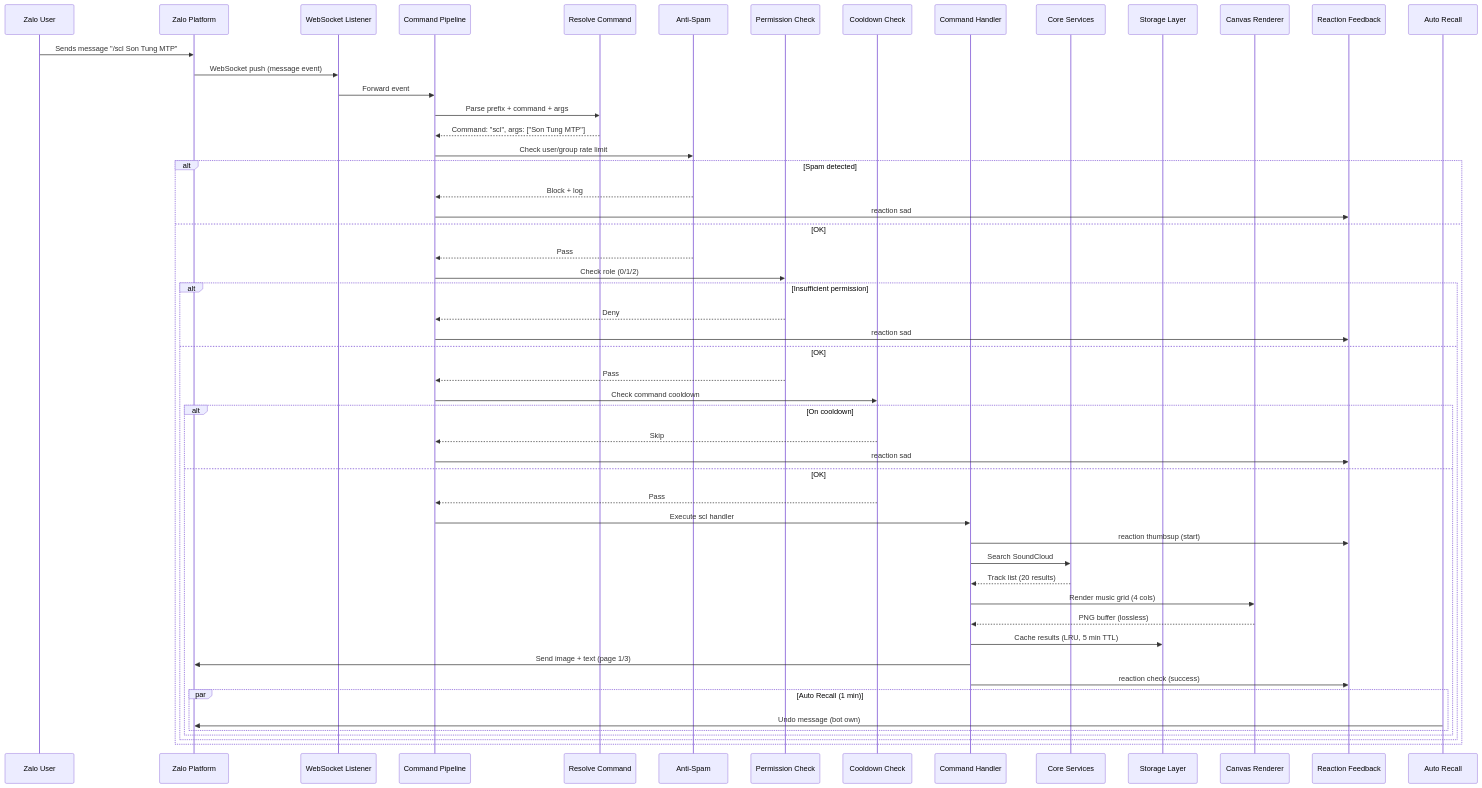
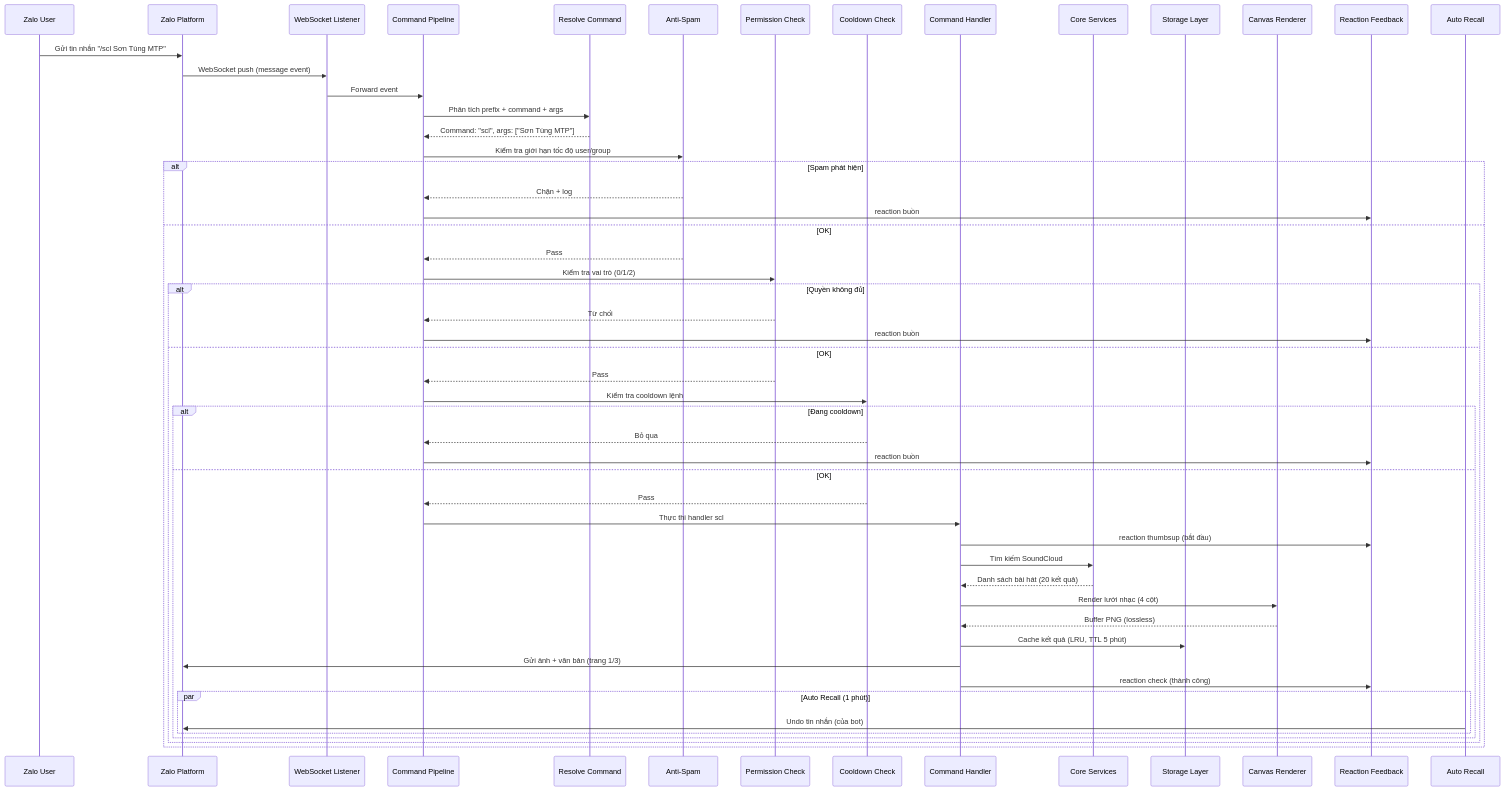
Before and after one commit to DEVTRAN07/JOHNTRAN-JS: the fourth of 5 diagrams in ARCHITECTURE_COMPLETE.md, drawn with Mermaid. The commit also changed other lines of this file and 11 other files, not shown here.

Commit message:
refactor: extract pluginDeps, split utils, extract LRU cache, update architecture docs

````diff
--- a/ARCHITECTURE_COMPLETE.md
+++ b/ARCHITECTURE_COMPLETE.md
@@ -273,63 +361,63 @@
 ```mermaid
 sequenceDiagram
     participant User as Zalo User
     participant Zalo as Zalo Platform
     participant WS as WebSocket Listener
     participant Pipeline as Command Pipeline
     participant Resolve as Resolve Command
     participant AntiSpam as Anti-Spam
     participant Perm as Permission Check
     participant CD as Cooldown Check
     participant Handler as Command Handler
     participant Services as Core Services
     participant Storage as Storage Layer
     participant Canvas as Canvas Renderer
     participant React as Reaction Feedback
     participant Recall as Auto Recall
 
-    User->>Zalo: Sends message "/scl Son Tung MTP"
+    User->>Zalo: Gửi tin nhắn "/scl Sơn Tùng MTP"
     Zalo->>WS: WebSocket push (message event)
     WS->>Pipeline: Forward event
-    
-    Pipeline->>Resolve: Parse prefix + command + args
-    Resolve-->>Pipeline: Command: "scl", args: ["Son Tung MTP"]
-    
-    Pipeline->>AntiSpam: Check user/group rate limit
-    alt Spam detected
-        AntiSpam-->>Pipeline: Block + log
-        Pipeline->>React: reaction sad
+
+    Pipeline->>Resolve: Phân tích prefix + command + args
+    Resolve-->>Pipeline: Command: "scl", args: ["Sơn Tùng MTP"]
+
+    Pipeline->>AntiSpam: Kiểm tra giới hạn tốc độ user/group
+    alt Spam phát hiện
+        AntiSpam-->>Pipeline: Chặn + log
+        Pipeline->>React: reaction buồn
     else OK
         AntiSpam-->>Pipeline: Pass
-        Pipeline->>Perm: Check role (0/1/2)
-        alt Insufficient permission
-            Perm-->>Pipeline: Deny
-            Pipeline->>React: reaction sad
+        Pipeline->>Perm: Kiểm tra vai trò (0/1/2)
+        alt Quyền không đủ
+            Perm-->>Pipeline: Từ chối
+            Pipeline->>React: reaction buồn
         else OK
             Perm-->>Pipeline: Pass
-            Pipeline->>CD: Check command cooldown
-            alt On cooldown
-                CD-->>Pipeline: Skip
-                Pipeline->>React: reaction sad
+            Pipeline->>CD: Kiểm tra cooldown lệnh
+            alt Đang cooldown
+                CD-->>Pipeline: Bỏ qua
+                Pipeline->>React: reaction buồn
             else OK
                 CD-->>Pipeline: Pass
-                Pipeline->>Handler: Execute scl handler
-                Handler->>React: reaction thumbsup (start)
-                
-                Handler->>Services: Search SoundCloud
-                Services-->>Handler: Track list (20 results)
-                
-                Handler->>Canvas: Render music grid (4 cols)
-                Canvas-->>Handler: PNG buffer (lossless)
-                
-                Handler->>Storage: Cache results (LRU, 5 min TTL)
-                Handler->>Zalo: Send image + text (page 1/3)
-                
-                Handler->>React: reaction check (success)
-                
-                par Auto Recall (1 min)
-                    Recall->>Zalo: Undo message (bot own)
+                Pipeline->>Handler: Thực thi handler scl
+                Handler->>React: reaction thumbsup (bắt đầu)
+
+                Handler->>Services: Tìm kiếm SoundCloud
+                Services-->>Handler: Danh sách bài hát (20 kết quả)
+
+                Handler->>Canvas: Render lưới nhạc (4 cột)
+                Canvas-->>Handler: Buffer PNG (lossless)
+
+                Handler->>Storage: Cache kết quả (LRU, TTL 5 phút)
+                Handler->>Zalo: Gửi ảnh + văn bản (trang 1/3)
+
+                Handler->>React: reaction check (thành công)
+
+                par Auto Recall (1 phút)
+                    Recall->>Zalo: Undo tin nhắn (của bot)
                 end
             end
         end
     end
 ```
````
